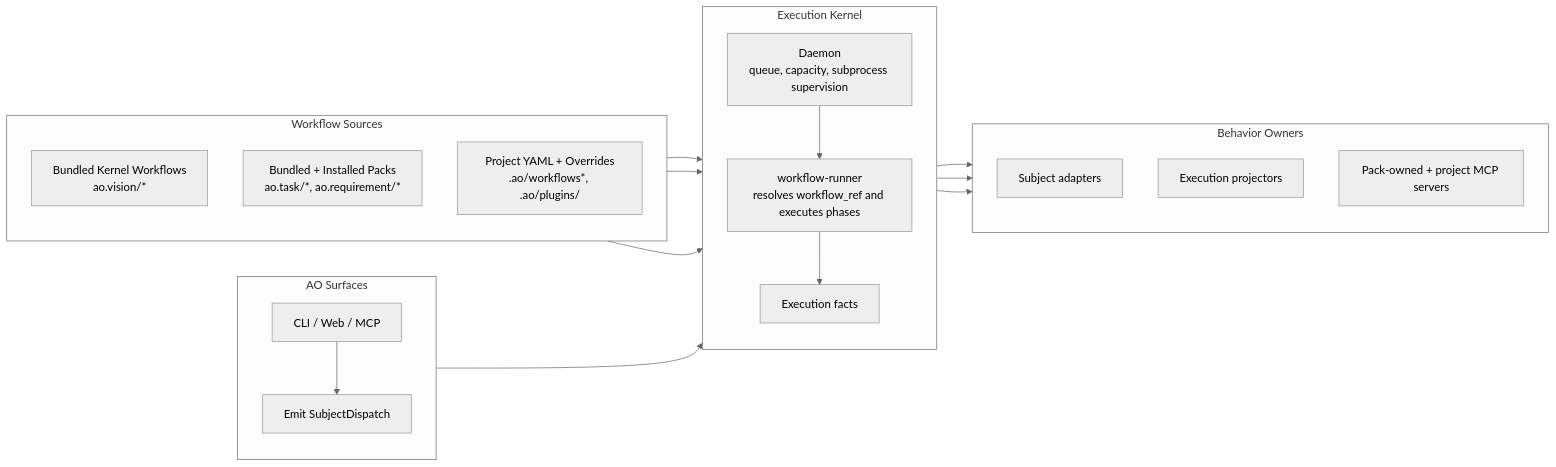
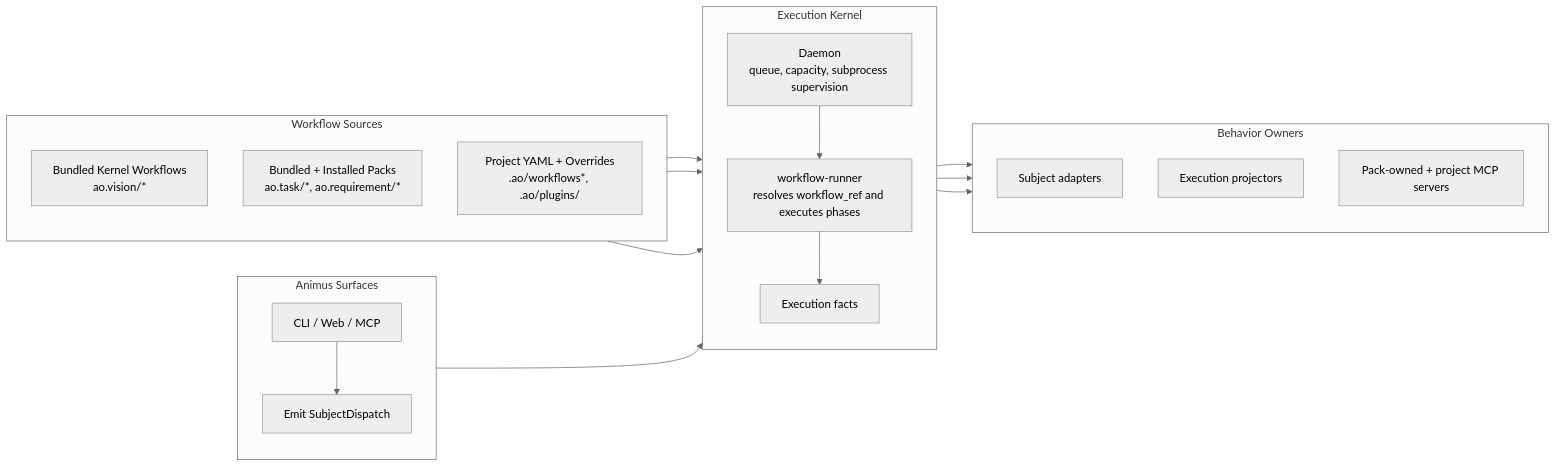
One commit to launchapp-dev/ao-docs changed the diagram in concepts/how-ao-works.md. Above: the diagram before and after it, drawn with Mermaid (neutral theme). The commit also changed other lines of this file and 86 other files, not shown here.

Commit message:
rebrand: replace AO with Animus product names and CLI commands across all docs

````diff
--- a/concepts/how-ao-works.md
+++ b/concepts/how-ao-works.md
@@ -8,40 +8,40 @@
 ```mermaid
 flowchart LR
-    subgraph CLI["AO Surfaces"]
+    subgraph CLI["Animus Surfaces"]
         direction TB
         cli["CLI / Web / MCP"]
         dispatch["Emit SubjectDispatch"]
     end
 
     subgraph SOURCES["Workflow Sources"]
         direction TB
         kernel["Bundled Kernel Workflows<br/>ao.vision/*"]
         packs["Bundled + Installed Packs<br/>ao.task/*, ao.requirement/*"]
         project["Project YAML + Overrides<br/>.ao/workflows*, .ao/plugins/"]
     end
 
     subgraph ENGINE["Execution Kernel"]
         direction TB
         daemon["Daemon<br/>queue, capacity, subprocess supervision"]
         runner["workflow-runner<br/>resolves workflow_ref and executes phases"]
         facts["Execution facts"]
     end
 
     subgraph BEHAVIOR["Behavior Owners"]
         direction TB
         adapters["Subject adapters"]
         projectors["Execution projectors"]
         mcp["Pack-owned + project MCP servers"]
     end
 
     cli --> dispatch
     dispatch --> daemon
     daemon --> runner
     kernel --> runner
     packs --> runner
     project --> runner
     runner --> facts
     facts --> projectors
     runner --> mcp
     runner --> adapters
 ```
````
